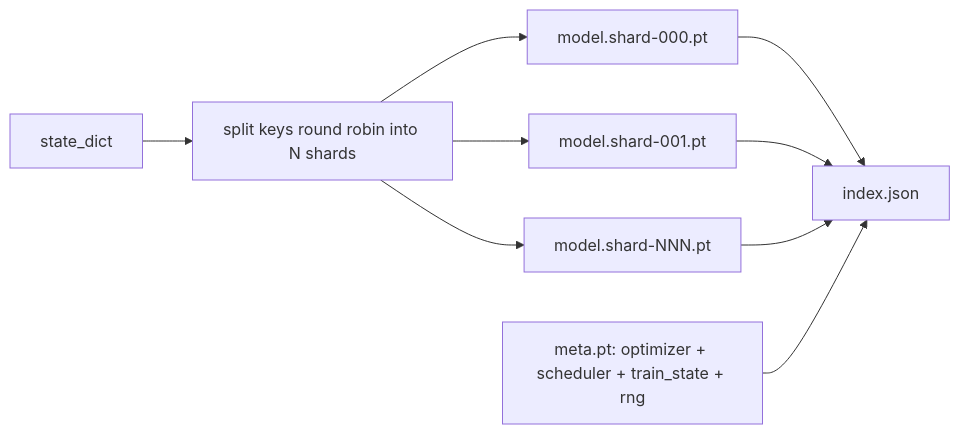
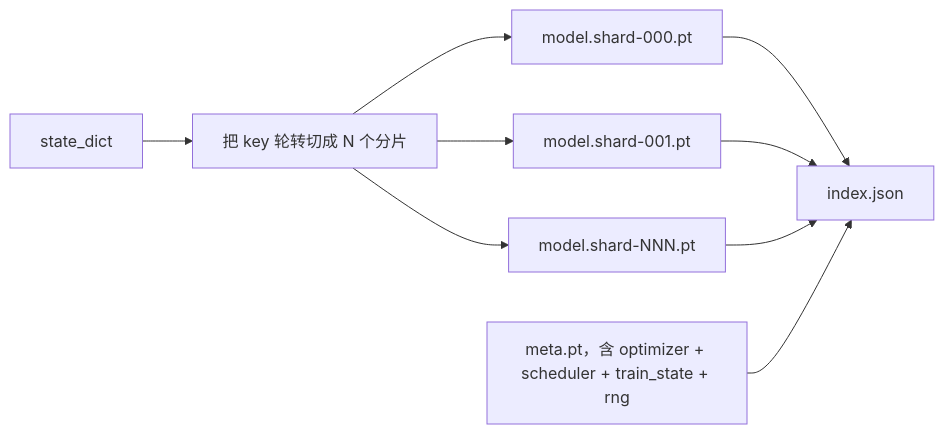
The third of 3 diagrams in phases/19-capstone-projects/47-checkpoint-save-resume/docs/zh.md (JerryC8080/ai-engineering-from-scratch-zh), drawn with Mermaid before and after one commit. The commit also changed other lines of this file and 156 other files, not shown here.

First line of the commit message:
i18n(zh): translate mermaid diagram labels in 157 lesson zh.md

````diff
--- a/phases/19-capstone-projects/47-checkpoint-save-resume/docs/zh.md
+++ b/phases/19-capstone-projects/47-checkpoint-save-resume/docs/zh.md
@@ -67,11 +67,11 @@
 ```mermaid
 flowchart LR
-  state[state_dict] --> split[split keys round robin into N shards]
+  state[state_dict] --> split[把 key 轮转切成 N 个分片]
   split --> s0[model.shard-000.pt]
   split --> s1[model.shard-001.pt]
   split --> sN[model.shard-NNN.pt]
   s0 --> idx[index.json]
   s1 --> idx
   sN --> idx
-  meta[meta.pt: optimizer + scheduler + train_state + rng] --> idx
+  meta[meta.pt，含 optimizer + scheduler + train_state + rng] --> idx
 ```
````
